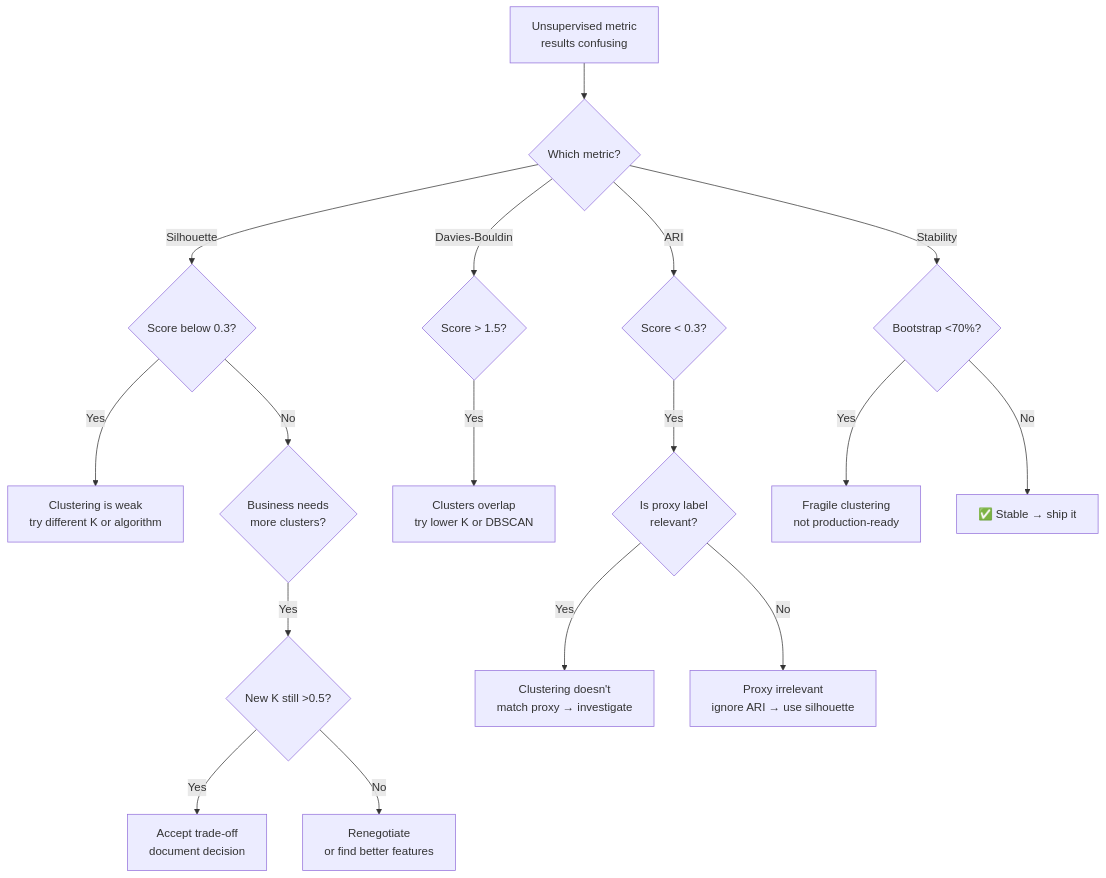
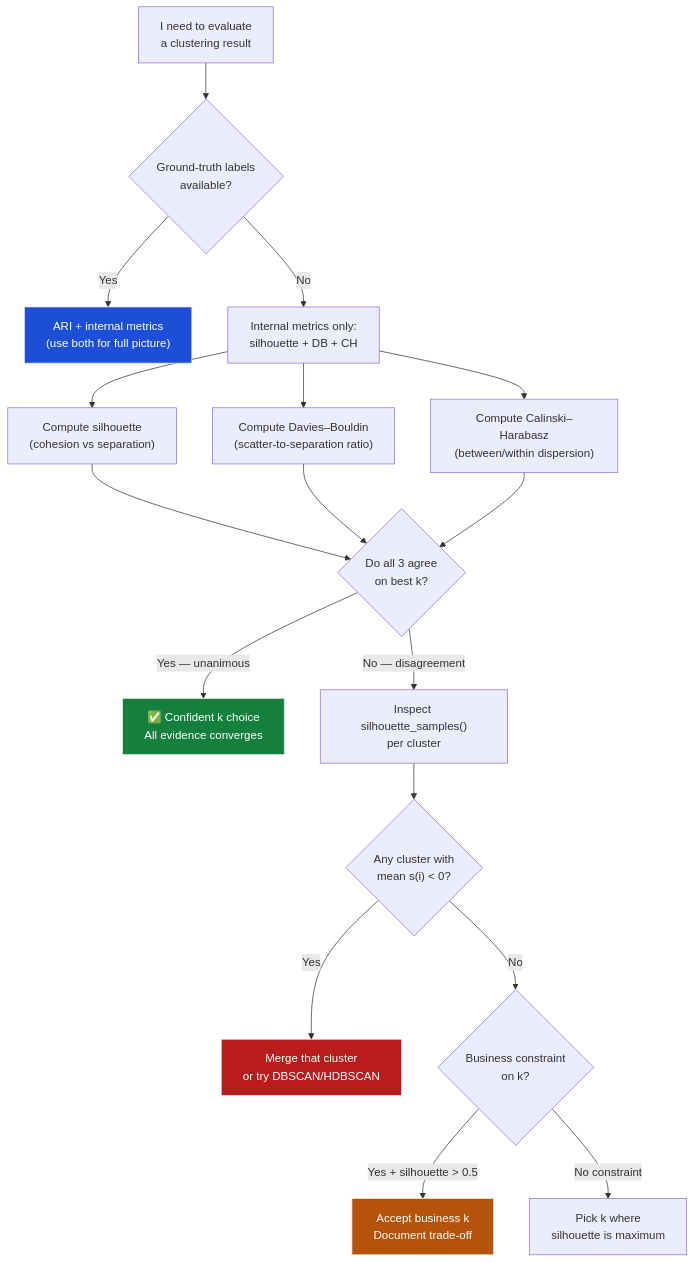
The second of 4 diagrams in notes/01-ml/07_unsupervised_learning/ch03_unsupervised_metrics/README.md (deepakshamsft/ai-portfolio), drawn with Mermaid before and after one commit. The commit also changed other lines of this file and 727 other files, not shown here.

````diff
--- a/notes/01-ml/07_unsupervised_learning/ch03_unsupervised_metrics/README.md
+++ b/notes/01-ml/07_unsupervised_learning/ch03_unsupervised_metrics/README.md
@@ -373,29 +411,23 @@
 ```mermaid
 flowchart TD
- A["Unsupervised metric
-results confusing"] --> B{"Which metric?"}
- B -->|"Silhouette"| C{"Score below 0.3?"}
- C -->|Yes| D["Clustering is weak
-try different K or algorithm"]
- C -->|No| E{"Business needs
-more clusters?"}
- E -->|Yes| F{"New K still >0.5?"}
- F -->|Yes| G["Accept trade-off
-document decision"]
- F -->|No| H["Renegotiate
-or find better features"]
- B -->|"Davies-Bouldin"| I{"Score > 1.5?"}
- I -->|Yes| J["Clusters overlap
-try lower K or DBSCAN"]
- B -->|"ARI"| K{"Score < 0.3?"}
- K -->|Yes| L{"Is proxy label
-relevant?"}
- L -->|Yes| M["Clustering doesn't
-match proxy → investigate"]
- L -->|No| N["Proxy irrelevant
-ignore ARI → use silhouette"]
- B -->|"Stability"| O{"Bootstrap <70%?"}
- O -->|Yes| P["Fragile clustering
-not production-ready"]
- O -->|No| Q["✅ Stable → ship it"]
+    A["I need to evaluate\na clustering result"] --> B{"Ground-truth labels\navailable?"}
+    B -->|"Yes"| C["ARI + internal metrics\n(use both for full picture)"]
+    B -->|"No"| D["Internal metrics only:\nsilhouette + DB + CH"]
+    D --> E["Compute silhouette\n(cohesion vs separation)"]
+    D --> F["Compute Davies–Bouldin\n(scatter-to-separation ratio)"]
+    D --> G["Compute Calinski–Harabasz\n(between/within dispersion)"]
+    E --> H{"Do all 3 agree\non best k?"}
+    F --> H
+    G --> H
+    H -->|"Yes — unanimous"| I["✅ Confident k choice\nAll evidence converges"]
+    H -->|"No — disagreement"| J["Inspect silhouette_samples()\nper cluster"]
+    J --> K{"Any cluster with\nmean s(i) < 0?"}
+    K -->|"Yes"| L["Merge that cluster\nor try DBSCAN/HDBSCAN"]
+    K -->|"No"| M{"Business constraint\non k?"}
+    M -->|"Yes + silhouette > 0.5"| N["Accept business k\nDocument trade-off"]
+    M -->|"No constraint"| O["Pick k where\nsilhouette is maximum"]
+    style I fill:#15803d,color:#fff,stroke:#e2e8f0
+    style L fill:#b91c1c,color:#fff,stroke:#e2e8f0
+    style N fill:#b45309,color:#fff,stroke:#e2e8f0
+    style C fill:#1d4ed8,color:#fff,stroke:#e2e8f0
 ```
````
